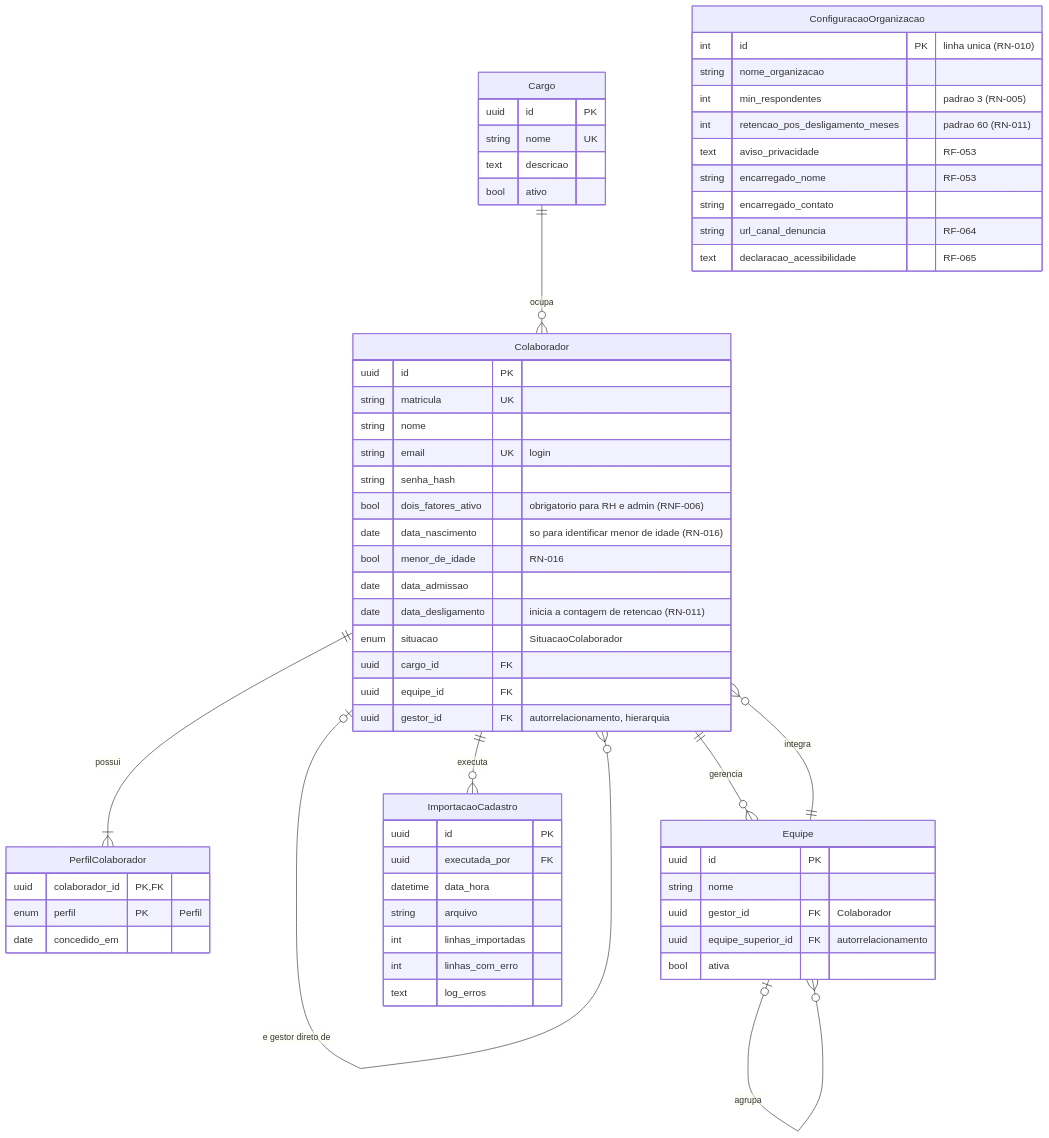
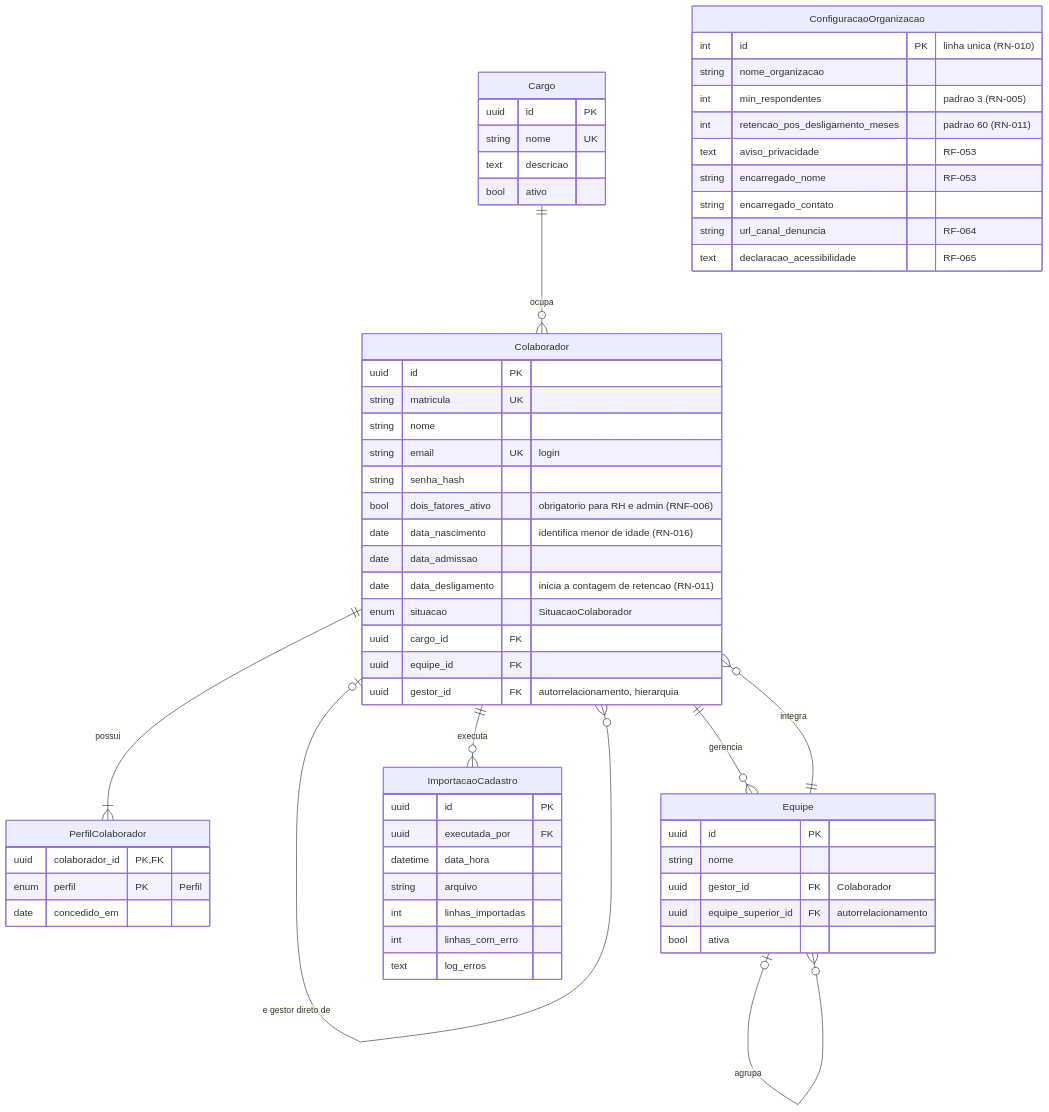
The second of 7 diagrams in docs/modelagem/modelo-dados/Modelo_Dominio_ER.md (isadora-yasmim/dominios-de-software-2026-2), drawn with Mermaid before and after one commit. The commit also changed other lines of this file and 2 other files, not shown here.

Commit message:
docs: registra decisões sobre data de nascimento e resultado consolidado (#52)

````diff
--- a/docs/modelagem/modelo-dados/Modelo_Dominio_ER.md
+++ b/docs/modelagem/modelo-dados/Modelo_Dominio_ER.md
@@ -86,65 +86,64 @@
 ```mermaid
 erDiagram
     Colaborador {
         uuid id PK
         string matricula UK
         string nome
         string email UK "login"
         string senha_hash
         bool dois_fatores_ativo "obrigatorio para RH e admin (RNF-006)"
-        date data_nascimento "so para identificar menor de idade (RN-016)"
-        bool menor_de_idade "RN-016"
+        date data_nascimento "identifica menor de idade (RN-016)"
         date data_admissao
         date data_desligamento "inicia a contagem de retencao (RN-011)"
         enum situacao "SituacaoColaborador"
         uuid cargo_id FK
         uuid equipe_id FK
         uuid gestor_id FK "autorrelacionamento, hierarquia"
     }
     PerfilColaborador {
         uuid colaborador_id PK, FK
         enum perfil PK "Perfil"
         date concedido_em
     }
     Cargo {
         uuid id PK
         string nome UK
         text descricao
         bool ativo
     }
     Equipe {
         uuid id PK
         string nome
         uuid gestor_id FK "Colaborador"
         uuid equipe_superior_id FK "autorrelacionamento"
         bool ativa
     }
     ImportacaoCadastro {
         uuid id PK
         uuid executada_por FK
         datetime data_hora
         string arquivo
         int linhas_importadas
         int linhas_com_erro
         text log_erros
     }
     ConfiguracaoOrganizacao {
         int id PK "linha unica (RN-010)"
         string nome_organizacao
         int min_respondentes "padrao 3 (RN-005)"
         int retencao_pos_desligamento_meses "padrao 60 (RN-011)"
         text aviso_privacidade "RF-053"
         string encarregado_nome "RF-053"
         string encarregado_contato
         string url_canal_denuncia "RF-064"
         text declaracao_acessibilidade "RF-065"
     }
 
     Cargo ||--o{ Colaborador : ocupa
     Equipe ||--o{ Colaborador : integra
     Colaborador o|--o{ Colaborador : "e gestor direto de"
     Colaborador ||--|{ PerfilColaborador : possui
     Colaborador ||--o{ Equipe : gerencia
     Equipe o|--o{ Equipe : "agrupa"
     Colaborador ||--o{ ImportacaoCadastro : executa
 ```
````
